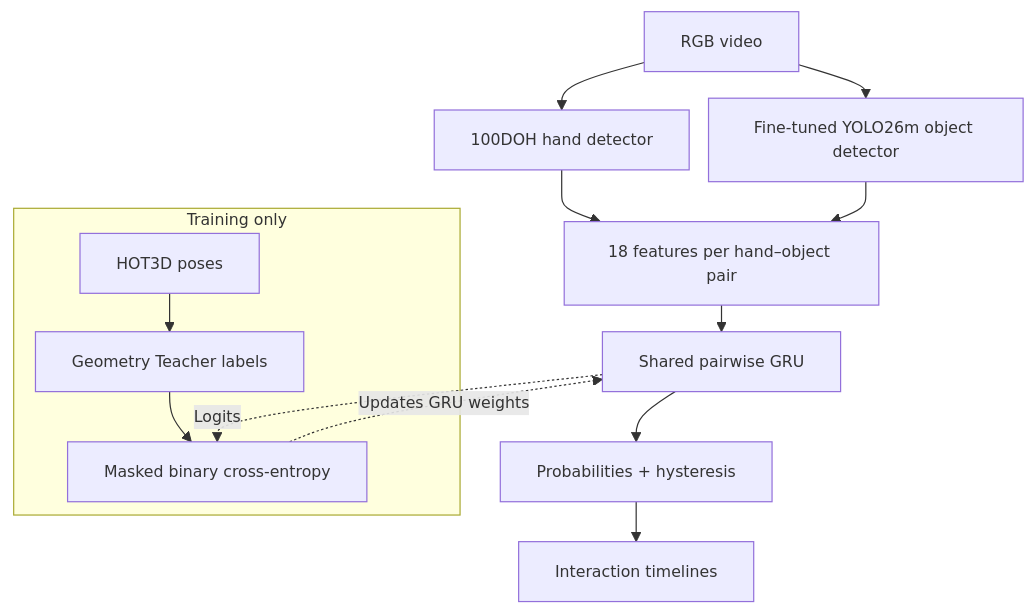
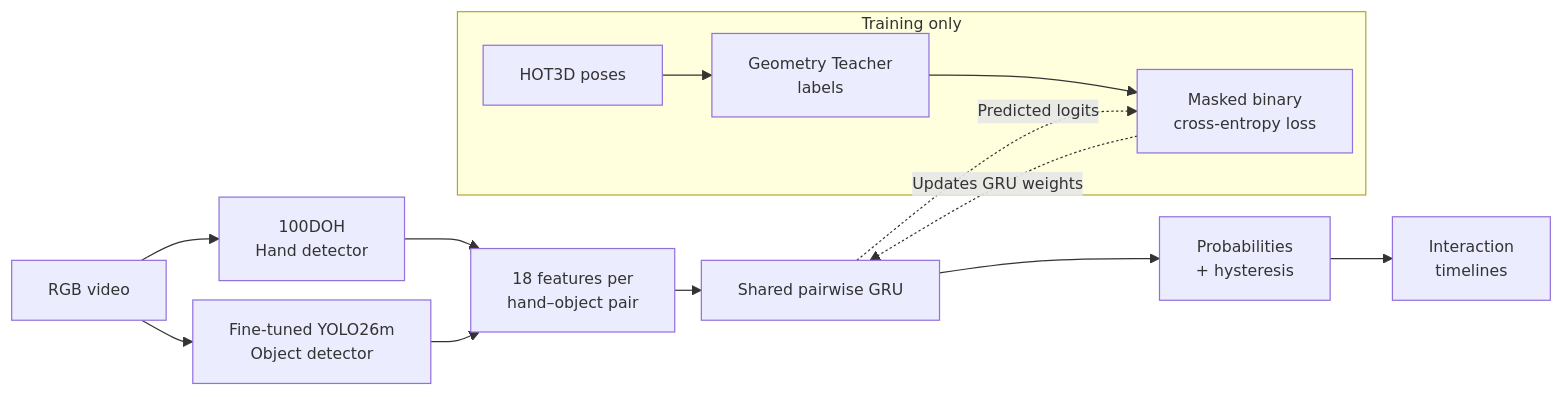
The first of 2 diagrams in README.md (dheller307/egouse), drawn with Mermaid before and after one commit. The commit also changed other lines of this file and 2 other files, not shown here.

Commit message:
Refine README diagrams and demo thumbnail layout

````diff
--- a/README.md
+++ b/README.md
@@ -22,18 +24,18 @@
 ```mermaid
 %%{init: {"flowchart": {"nodeSpacing": 16, "rankSpacing": 22}, "themeVariables": {"fontSize": "13px"}}}%%
-flowchart TB
-    V["RGB video"] --> H["100DOH hand detector"]
-    V --> ODET["Fine-tuned YOLO26m object detector"]
-    H --> F["18 features per hand–object pair"]
+flowchart LR
+    V["RGB video"] --> H["100DOH<br/>Hand detector"]
+    V --> ODET["Fine-tuned YOLO26m<br/>Object detector"]
+    H --> F["18 features per<br/>hand–object pair"]
     ODET --> F
     F --> G["Shared pairwise GRU"]
-    G --> O["Probabilities + hysteresis"] --> T["Interaction timelines"]
+    G --> O["Probabilities<br/>+ hysteresis"] --> T["Interaction<br/>timelines"]
 
     subgraph TRAIN["Training only"]
-        P["HOT3D poses"] --> A["Geometry Teacher labels"]
-        A --> L["Masked binary cross-entropy"]
+        P["HOT3D poses"] --> A["Geometry Teacher<br/>labels"]
+        A --> L["Masked binary<br/>cross-entropy loss"]
     end
 
-    G -. Logits .-> L
+    G -. Predicted logits .-> L
     L -. Updates GRU weights .-> G
 ```
````
